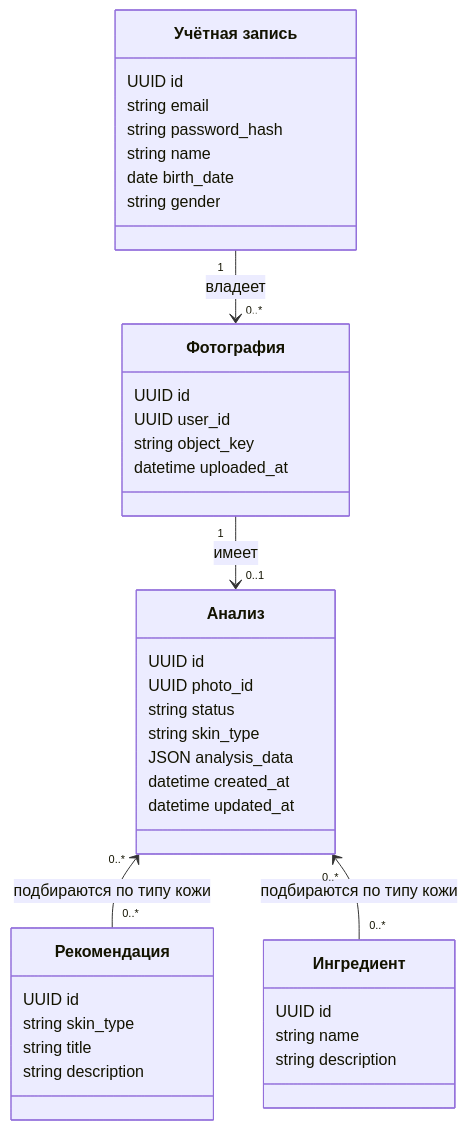
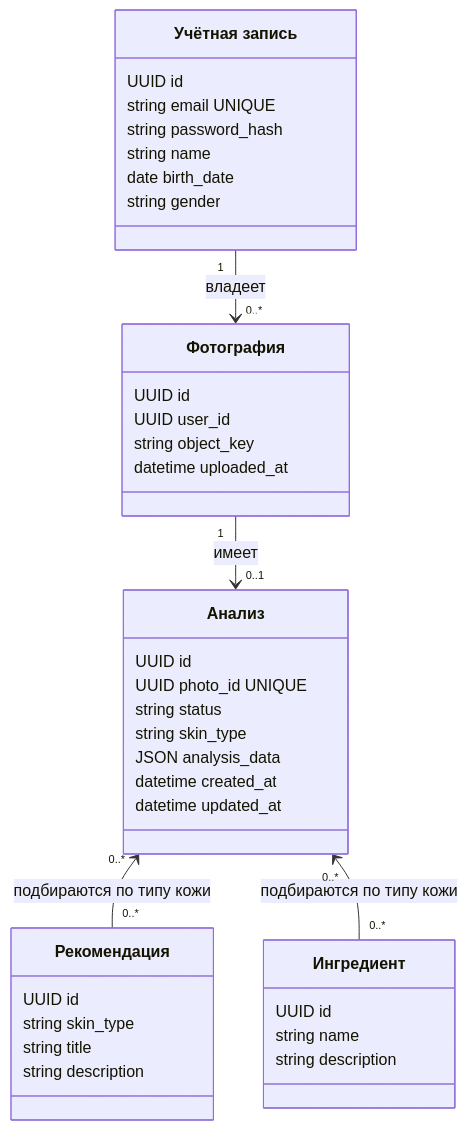
One commit to software-engineering-course-sem7/personal-skin-care changed the diagram in docs/diagrams/06-data-model.mmd. Above: the diagram before and after it, drawn with Mermaid. The commit also changed 1 other file, not shown here.

Commit message:
docs: mark email and photo_id as unique in data model

```diff
--- a/docs/diagrams/06-data-model.mmd
+++ b/docs/diagrams/06-data-model.mmd
@@ -1,40 +1,40 @@
 classDiagram
     class Account["Учётная запись"] {
         UUID id
-        string email
+        string email UNIQUE
         string password_hash
         string name
         date birth_date
         string gender
     }
     class Photo["Фотография"] {
         UUID id
         UUID user_id
         string object_key
         datetime uploaded_at
     }
     class Analysis["Анализ"] {
         UUID id
-        UUID photo_id
+        UUID photo_id UNIQUE
         string status
         string skin_type
         JSON analysis_data
         datetime created_at
         datetime updated_at
     }
     class Recommendation["Рекомендация"] {
         UUID id
         string skin_type
         string title
         string description
     }
     class Ingredient["Ингредиент"] {
         UUID id
         string name
         string description
     }
 
     Account "1" --> "0..*" Photo : владеет
     Photo "1" --> "0..1" Analysis : имеет
     Analysis "0..*" <-- "0..*" Recommendation : подбираются по типу кожи
     Analysis "0..*" <-- "0..*" Ingredient : подбираются по типу кожи
```
